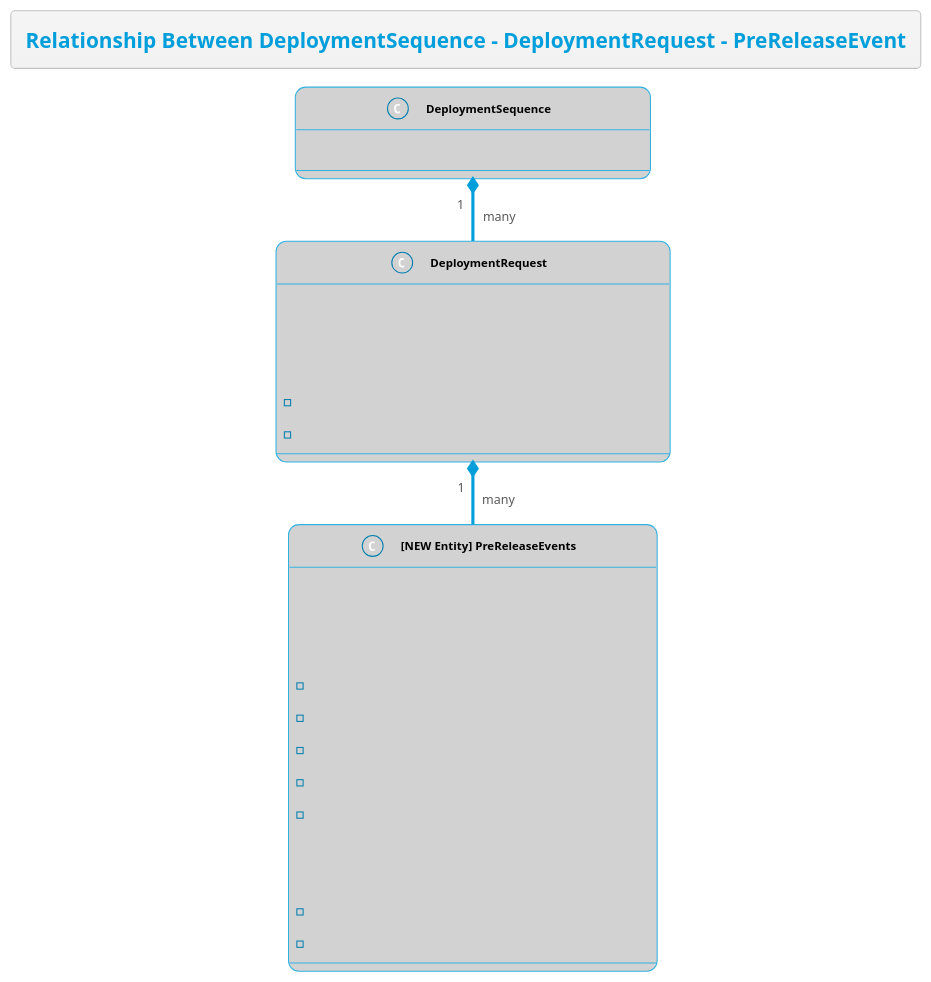
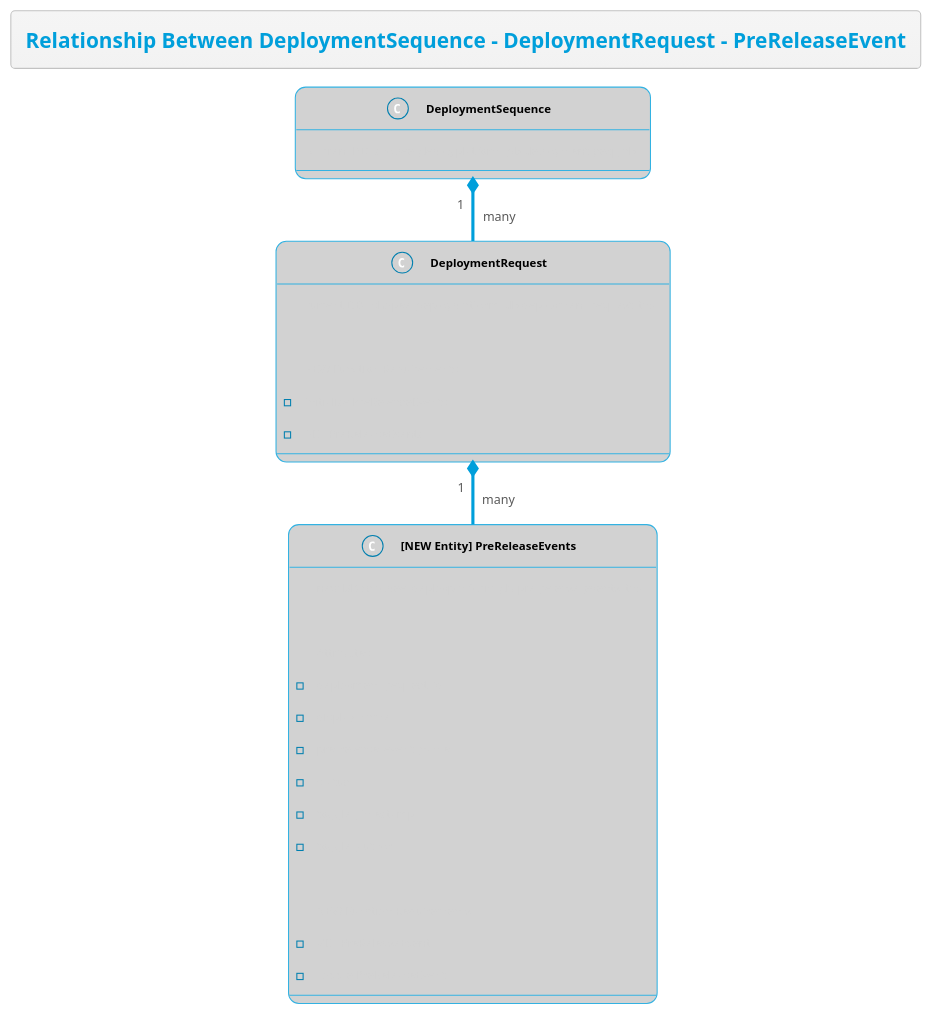
Before and after one commit to thetomitomo/diagrams: the diagram in src/Multi-Day-Deployment/PreReleaseEventEntities.plantuml, drawn with PlantUML. The commit also changed 1 other file, not shown here.

Commit message:
add author

```diff
--- a/src/Multi-Day-Deployment/PreReleaseEventEntities.plantuml
+++ b/src/Multi-Day-Deployment/PreReleaseEventEntities.plantuml
@@ -1,40 +1,41 @@
 @startuml
 !theme bluegray
 skinparam FooterFontColor black
 skinparam DatabaseFontColor #007faf
 skinparam ClassFontColor black
 skinparam ClassBackgroundColor #d2d2d2
 
 
 title Relationship Between DeploymentSequence - DeploymentRequest - PreReleaseEvent
 
 class "<b>DeploymentSequence" as DS {
     current DB: shopee_deployplatform_db.deployment_seq_tab
 }
 class "<b>DeploymentRequest" as DR {
     current DB : shopee_deployplatform_db.deployment_request_tab
 
     NEW Function Requirements:
     - Initialise PreReleaseEvents
     - GET PreReleaseEvents
 }
 
 class "<b>[NEW Entity] PreReleaseEvents" as PRE {
     new DB : shopee_deployplatform_db.pre_release_events_tab
 
     Attributes:
     - deployment_request_id
     - display_name
     - pre_release_event_name
     - status
     - toggle_timestamp
+    - toggle_author
 
     NEW Function Requirements:
     - GET PreReleaseEvent
     - Toggle PreReleaseEvent
 }
 
 DS "1" *-- "many" DR 
 DR "1" *-- "many" PRE
 
 @enduml
```
